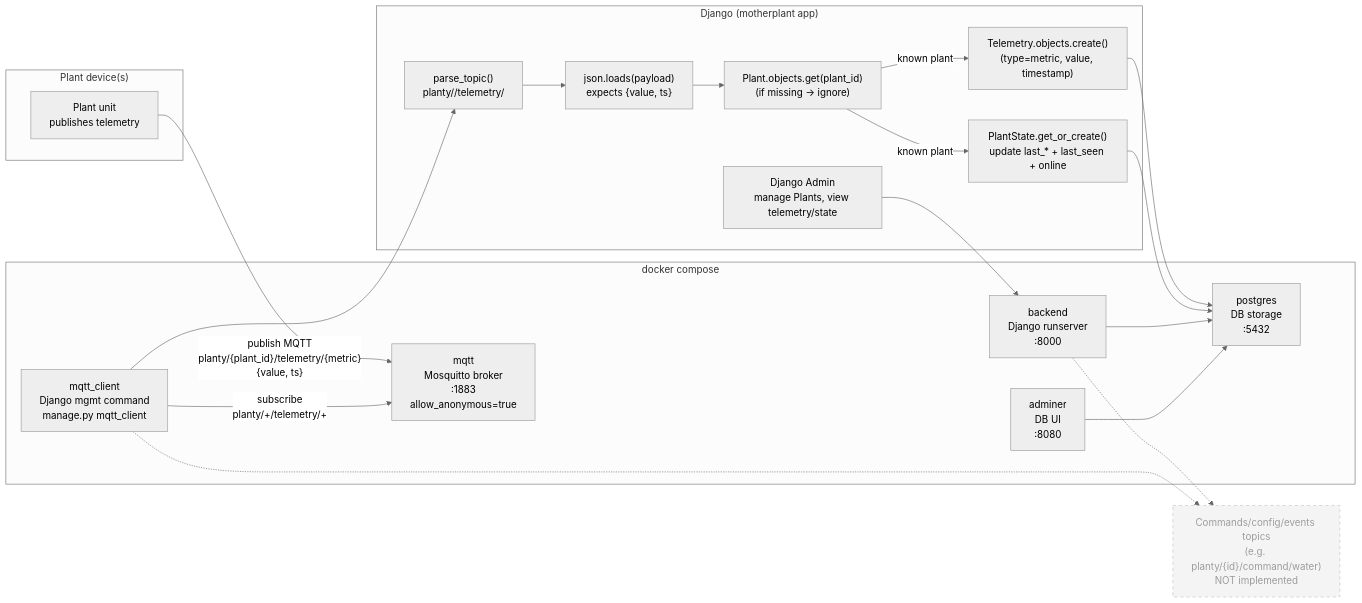
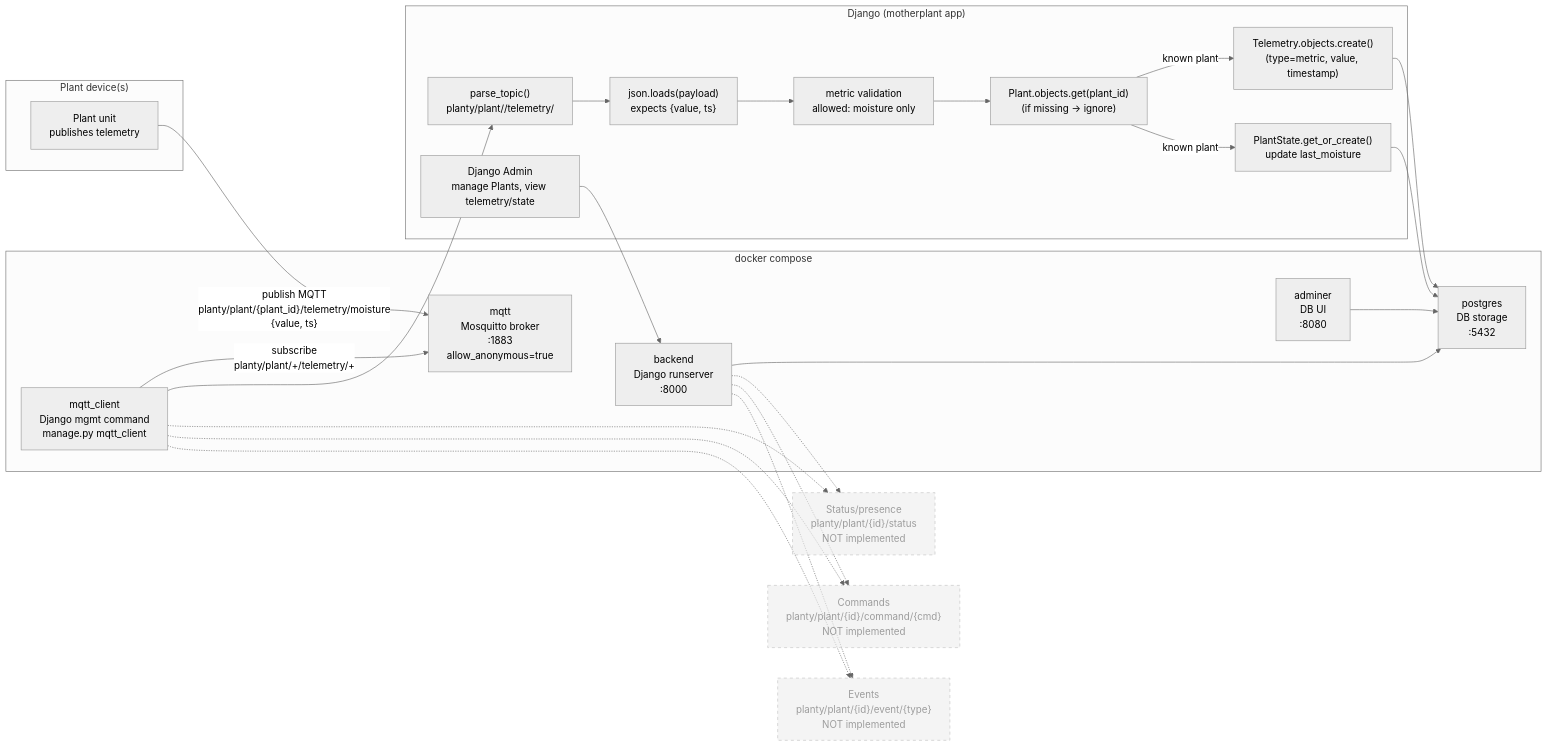
Before and after one commit to DramaCharles1/Planty3: the diagram in docs/current-flowchart.md, drawn with Mermaid (neutral theme). The commit also changed 6 other files, not shown here.

````diff
--- a/docs/current-flowchart.md
+++ b/docs/current-flowchart.md
@@ -3,43 +3,50 @@
 ```mermaid
 flowchart LR
   %% Current situation: implemented data flow + runtime services
 
   subgraph Docker_Compose["docker compose"]
     MQTT["mqtt\nMosquitto broker\n:1883\nallow_anonymous=true"]
     PG["postgres\nDB storage\n:5432"]
     BACKEND["backend\nDjango runserver\n:8000"]
     WORKER["mqtt_client\nDjango mgmt command\nmanage.py mqtt_client"]
     ADMINER["adminer\nDB UI\n:8080"]
   end
 
   subgraph Device_Side["Plant device(s)"]
     PLANT["Plant unit\npublishes telemetry"]
   end
 
   subgraph Django_App["Django (motherplant app)"]
-    PARSE["parse_topic()\nplanty/<plant_id>/telemetry/<metric>"]
+    PARSE["parse_topic()\nplanty/plant/<plant_id>/telemetry/<metric>"]
     DECODE["json.loads(payload)\nexpects {value, ts}"]
+    VALIDATE["metric validation\nallowed: moisture only"]
     LOOKUP["Plant.objects.get(plant_id)\n(if missing -> ignore)"]
     STORE["Telemetry.objects.create()\n(type=metric, value, timestamp)"]
-    SNAP["PlantState.get_or_create()\nupdate last_* + last_seen + online"]
+    SNAP["PlantState.get_or_create()\nupdate last_moisture"]
     ADMIN["Django Admin\nmanage Plants, view telemetry/state"]
   end
 
-  PLANT -->|"publish MQTT\nplanty/{plant_id}/telemetry/{metric}\n{value, ts}"| MQTT
-  WORKER -->|"subscribe\nplanty/+/telemetry/+"| MQTT
-  WORKER --> PARSE --> DECODE --> LOOKUP
+  PLANT -->|"publish MQTT\nplanty/plant/{plant_id}/telemetry/moisture\n{value, ts}"| MQTT
+  WORKER -->|"subscribe\nplanty/plant/+/telemetry/+"| MQTT
+  WORKER --> PARSE --> DECODE --> VALIDATE --> LOOKUP
   LOOKUP -->|"known plant"| STORE --> PG
   LOOKUP -->|"known plant"| SNAP --> PG
 
   BACKEND --> PG
   ADMIN --> BACKEND
 
   ADMINER --> PG
 
   %% Not implemented yet (documented only)
-  CMD["Commands/config/events topics\n(e.g. planty/{id}/command/water)\nNOT implemented"]:::missing
+  STATUS["Status/presence\nplanty/plant/{id}/status\nNOT implemented"]:::missing
+  CMD["Commands\nplanty/plant/{id}/command/{cmd}\nNOT implemented"]:::missing
+  EVENTS["Events\nplanty/plant/{id}/event/{type}\nNOT implemented"]:::missing
+  BACKEND -.-> STATUS
   BACKEND -.-> CMD
+  BACKEND -.-> EVENTS
+  WORKER -.-> STATUS
   WORKER -.-> CMD
+  WORKER -.-> EVENTS
 
   classDef missing stroke-dasharray: 5 5,opacity:0.6;
 ```
````
